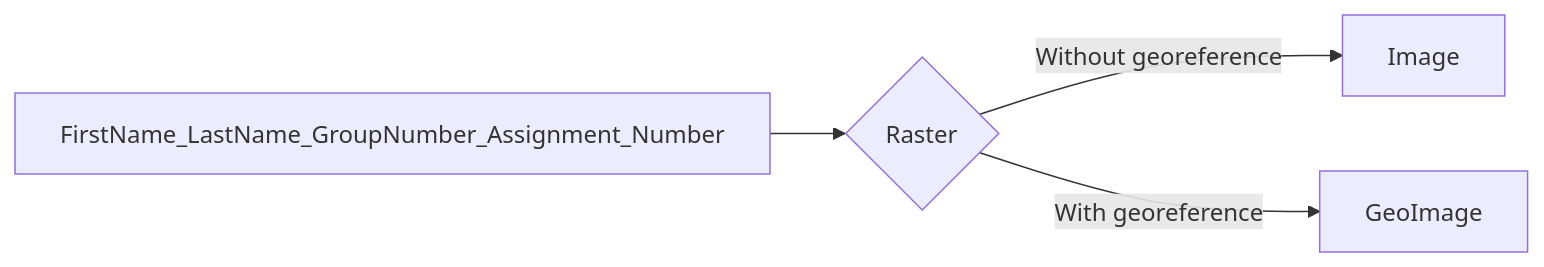
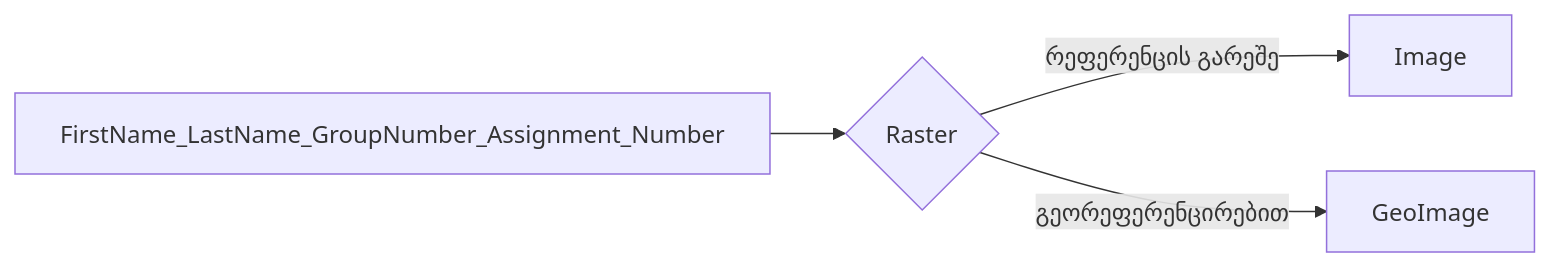
The diagram in docs/GIS_SKA/Lab/Georeference.md (ezdanapak/GTU-GIS), drawn with Mermaid before and after one commit. The commit also changed other lines of this file and 3 other files, not shown here.

````diff
--- a/docs/GIS_SKA/Lab/Georeference.md
+++ b/docs/GIS_SKA/Lab/Georeference.md
@@ -60,6 +61,7 @@
-``` mermaid
+```mermaid
 graph LR
   A[FirstName_LastName_GroupNumber_Assignment_Number] --> B{Raster};
-  B -->|Without georeference| C[Image];
-  B -->|With georeference| D[GeoImage];
+  B -->|რეფერენცის გარეშე| C[Image];
+  B -->|გეორეფერენცირებით| D[GeoImage];
+
 ```
````
